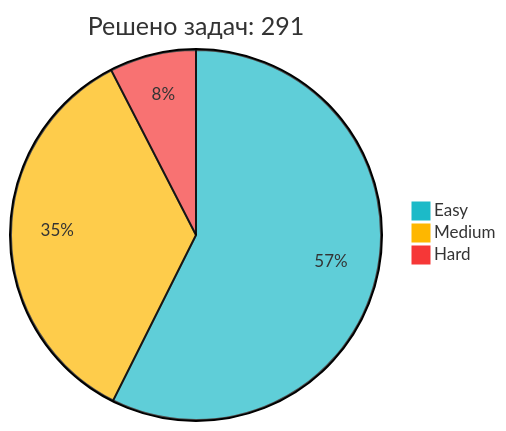
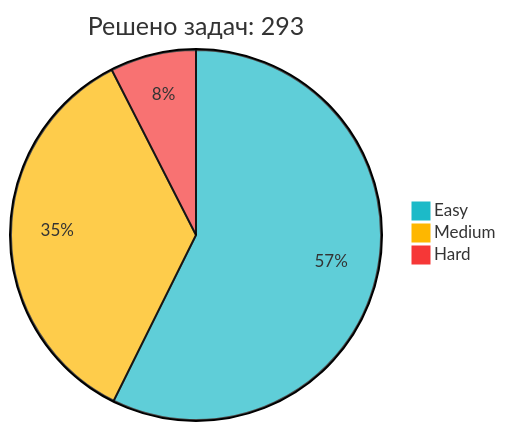
One commit to IliaKurdukov/IliaKurdukov changed the diagram in README.md. Above: the diagram before and after it, drawn with Mermaid. The commit also changed other lines of this file, not shown here.

Commit message:
📈 Обновление статистики LeetCode

````diff
--- a/README.md
+++ b/README.md
@@ -51,7 +51,7 @@
 ```mermaid
 %%{init: {'theme': 'base', 'themeVariables': { 'pie1': '#1CBAC8', 'pie2': '#FEB700', 'pie3': '#F63737' }, 'config': {'width': 300, 'height': 200}}}%%
-pie title Решено задач: 291
-   "Easy" : 167
-   "Medium" : 102
+pie title Решено задач: 293
+   "Easy" : 168
+   "Medium" : 103
    "Hard" : 22
 ```
````
